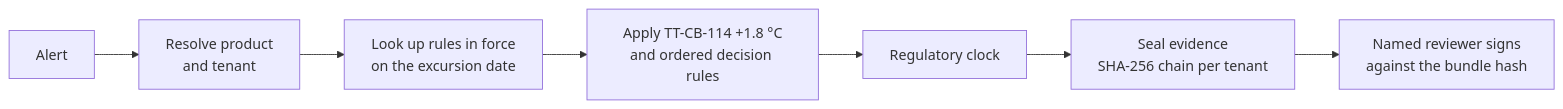
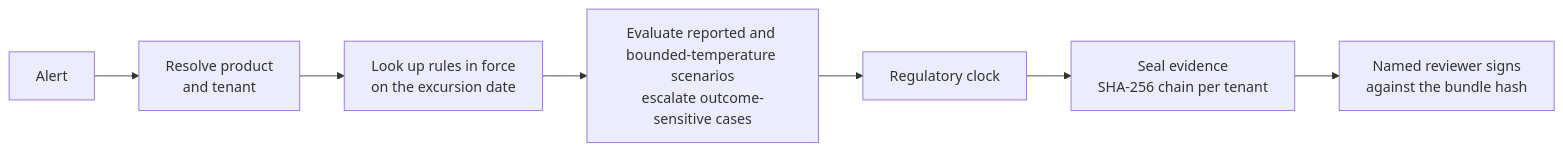
One commit to Zulfiqar7862/kestrel-adjudication-case-study changed the diagram in README.md. Above: the diagram before and after it, drawn with Mermaid. The commit also changed other lines of this file and 31 other files, not shown here.

````diff
--- a/README.md
+++ b/README.md
@@ -64,9 +65,9 @@
 ```mermaid
 flowchart LR
     A[Alert] --> B[Resolve product<br/>and tenant]
     B --> C[Look up rules in force<br/>on the excursion date]
-    C --> D[Apply TT-CB-114 +1.8 °C<br/>and ordered decision rules]
+    C --> D[Evaluate reported and bounded-temperature scenarios<br/>escalate outcome-sensitive cases]
     D --> E[Regulatory clock]
     E --> F[Seal evidence<br/>SHA-256 chain per tenant]
     F --> G[Named reviewer signs<br/>against the bundle hash]
 ```
````
